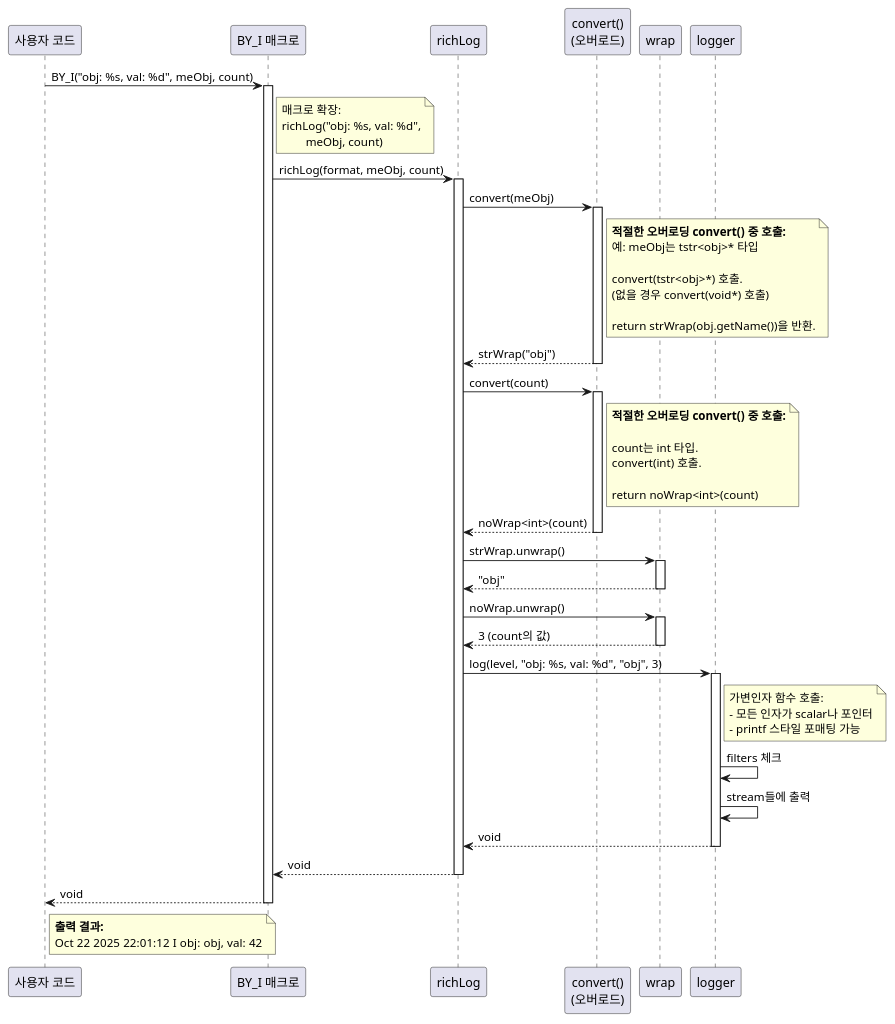
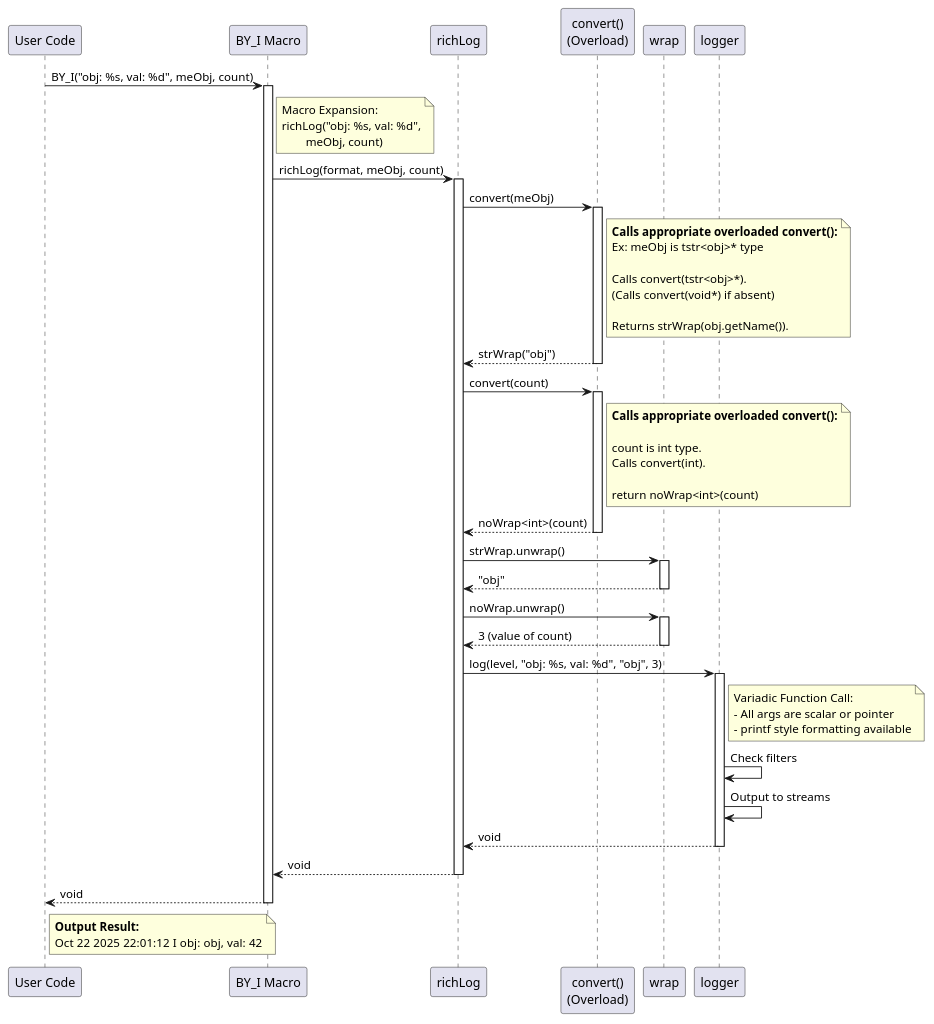
One commit to byeolang/byeol changed the third of 3 diagrams in doc/ref/ko/ae-architecture-clog.md. Above: the diagram before and after it, drawn with PlantUML. The commit also changed other lines of this file and 5 other files, not shown here.

First line of the commit message:
docs: translate Korean to English in PlantUML blocks

```diff
--- a/doc/ref/ko/ae-architecture-clog.md
+++ b/doc/ref/ko/ae-architecture-clog.md
@@ -575,8 +575,8 @@
 @startuml
-participant "사용자 코드" as user
-participant "BY_I 매크로" as macro
+participant "User Code" as user
+participant "BY_I Macro" as macro
 participant "richLog" as richLog
-participant "convert()\n(오버로드)" as convert
+participant "convert()\n(Overload)" as convert
 participant "wrap" as wrap
 participant "logger" as logger
 
@@ -584,7 +584,7 @@
 activate macro
 
 note right of macro
-  매크로 확장:
+  Macro Expansion:
   richLog("obj: %s, val: %d",
           meObj, count)
 end note
@@ -596,13 +596,13 @@
 activate convert
 
 note right of convert
-  <b>적절한 오버로딩 convert() 중 호출:</b>
-  예: meObj는 tstr<obj>* 타입
+  <b>Calls appropriate overloaded convert():</b>
+  Ex: meObj is tstr<obj>* type
 
-  convert(tstr<obj>*) 호출.
-  (없을 경우 convert(void*) 호출)
+  Calls convert(tstr<obj>*).
+  (Calls convert(void*) if absent)
 
-  return strWrap(obj.getName())을 반환.
+  Returns strWrap(obj.getName()).
 end note
 
 convert --> richLog : strWrap("obj")
@@ -612,10 +612,10 @@
 activate convert
 
 note right of convert
-  <b>적절한 오버로딩 convert() 중 호출:</b>
+  <b>Calls appropriate overloaded convert():</b>
 
-  count는 int 타입.
-  convert(int) 호출.
+  count is int type.
+  Calls convert(int).
 
   return noWrap<int>(count)
 end note
@@ -630,20 +630,20 @@
 
 richLog -> wrap : noWrap.unwrap()
 activate wrap
-wrap --> richLog : 3 (count의 값)
+wrap --> richLog : 3 (value of count)
 deactivate wrap
 
 richLog -> logger : log(level, "obj: %s, val: %d", "obj", 3)
 activate logger
 
 note right of logger
-  가변인자 함수 호출:
-  - 모든 인자가 scalar나 포인터
-  - printf 스타일 포매팅 가능
+  Variadic Function Call:
+  - All args are scalar or pointer
+  - printf style formatting available
 end note
 
-logger -> logger : filters 체크
-logger -> logger : stream들에 출력
+logger -> logger : Check filters
+logger -> logger : Output to streams
 
 logger --> richLog : void
 deactivate logger
@@ -655,7 +655,7 @@
 deactivate macro
 
 note right of user
-  <b>출력 결과:</b>
+  <b>Output Result:</b>
   Oct 22 2025  22:01:12 I obj: obj, val: 42
 end note
 
```
